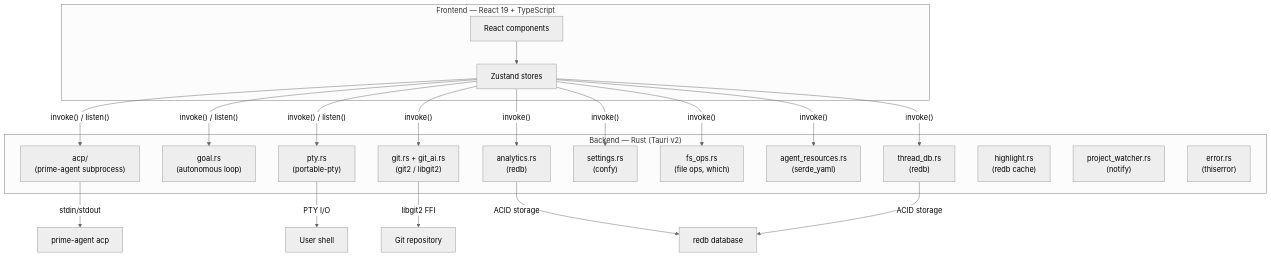
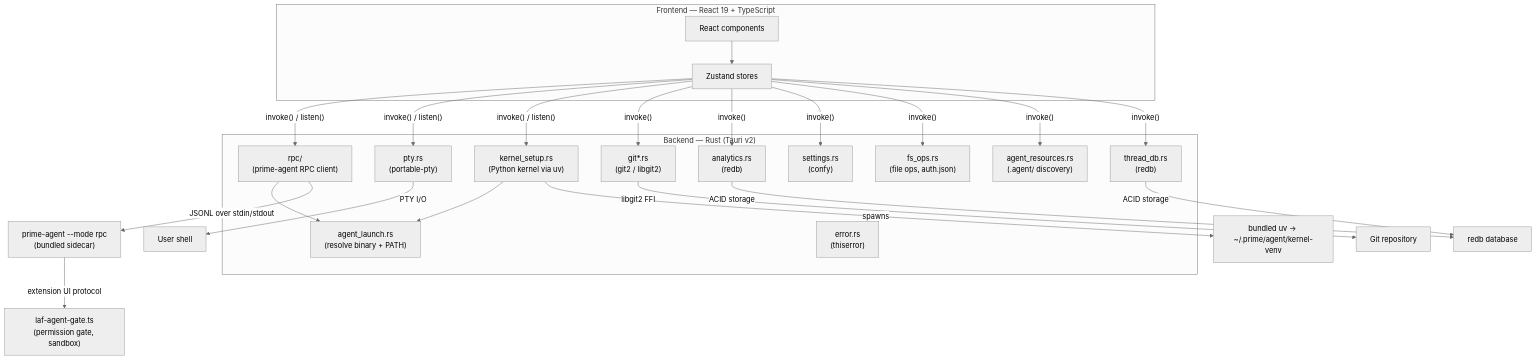
Before and after one commit to LAF-labs/prime: the first of 2 diagrams in docs/architecture.md, drawn with Mermaid (neutral theme). The commit also changed other lines of this file and 16 other files, not shown here.

````diff
--- a/docs/architecture.md
+++ b/docs/architecture.md
@@ -7,39 +9,42 @@
 ```mermaid
 graph TD
   subgraph Frontend["Frontend — React 19 + TypeScript"]
     Zustand["Zustand stores"]
     Components["React components"]
     Components --> Zustand
   end
 
   subgraph Backend["Backend — Rust (Tauri v2)"]
-    ACP["acp/\n(prime-agent subprocess)"]
-    Goal["goal.rs\n(autonomous loop)"]
-    PTY["pty.rs\n(portable-pty)"]
-    Git["git.rs + git_ai.rs\n(git2 / libgit2)"]
-    Analytics["analytics.rs\n(redb)"]
-    Settings["settings.rs\n(confy)"]
-    FsOps["fs_ops.rs\n(file ops, which)"]
-    AgentResources["agent_resources.rs\n(serde_yaml)"]
-    ThreadDB["thread_db.rs\n(redb)"]
-    Highlight["highlight.rs\n(redb cache)"]
-    ProjectWatcher["project_watcher.rs\n(notify)"]
-    Error["error.rs\n(thiserror)"]
+    RPC["rpc/<br/>(prime-agent RPC client)"]
+    Launch["agent_launch.rs<br/>(resolve binary + PATH)"]
+    Kernel["kernel_setup.rs<br/>(Python kernel via uv)"]
+    PTY["pty.rs<br/>(portable-pty)"]
+    Git["git*.rs<br/>(git2 / libgit2)"]
+    Analytics["analytics.rs<br/>(redb)"]
+    ThreadDB["thread_db.rs<br/>(redb)"]
+    Settings["settings.rs<br/>(confy)"]
+    FsOps["fs_ops.rs<br/>(file ops, auth.json)"]
+    AgentResources["agent_resources.rs<br/>(.agent/ discovery)"]
+    Error["error.rs<br/>(thiserror)"]
   end
 
-  Zustand -- "invoke() / listen()" --> ACP
-  Zustand -- "invoke() / listen()" --> Goal
+  Zustand -- "invoke() / listen()" --> RPC
   Zustand -- "invoke() / listen()" --> PTY
+  Zustand -- "invoke() / listen()" --> Kernel
   Zustand -- "invoke()" --> Git
   Zustand -- "invoke()" --> Analytics
   Zustand -- "invoke()" --> Settings
   Zustand -- "invoke()" --> FsOps
   Zustand -- "invoke()" --> AgentResources
   Zustand -- "invoke()" --> ThreadDB
 
-  ACP -- "stdin/stdout" --> AgentCLI["prime-agent acp"]
+  RPC --> Launch
+  Kernel --> Launch
+  RPC -- "JSONL over stdin/stdout" --> Agent["prime-agent --mode rpc<br/>(bundled sidecar)"]
+  Agent -- "extension UI protocol" --> Gate["laf-agent-gate.ts<br/>(permission gate, sandbox)"]
+  Kernel -- "spawns" --> Uv["bundled uv → ~/.prime/agent/kernel-venv"]
   PTY -- "PTY I/O" --> Shell["User shell"]
   Git -- "libgit2 FFI" --> Repo["Git repository"]
   Analytics -- "ACID storage" --> ReDB["redb database"]
   ThreadDB -- "ACID storage" --> ReDB
 ```
````
